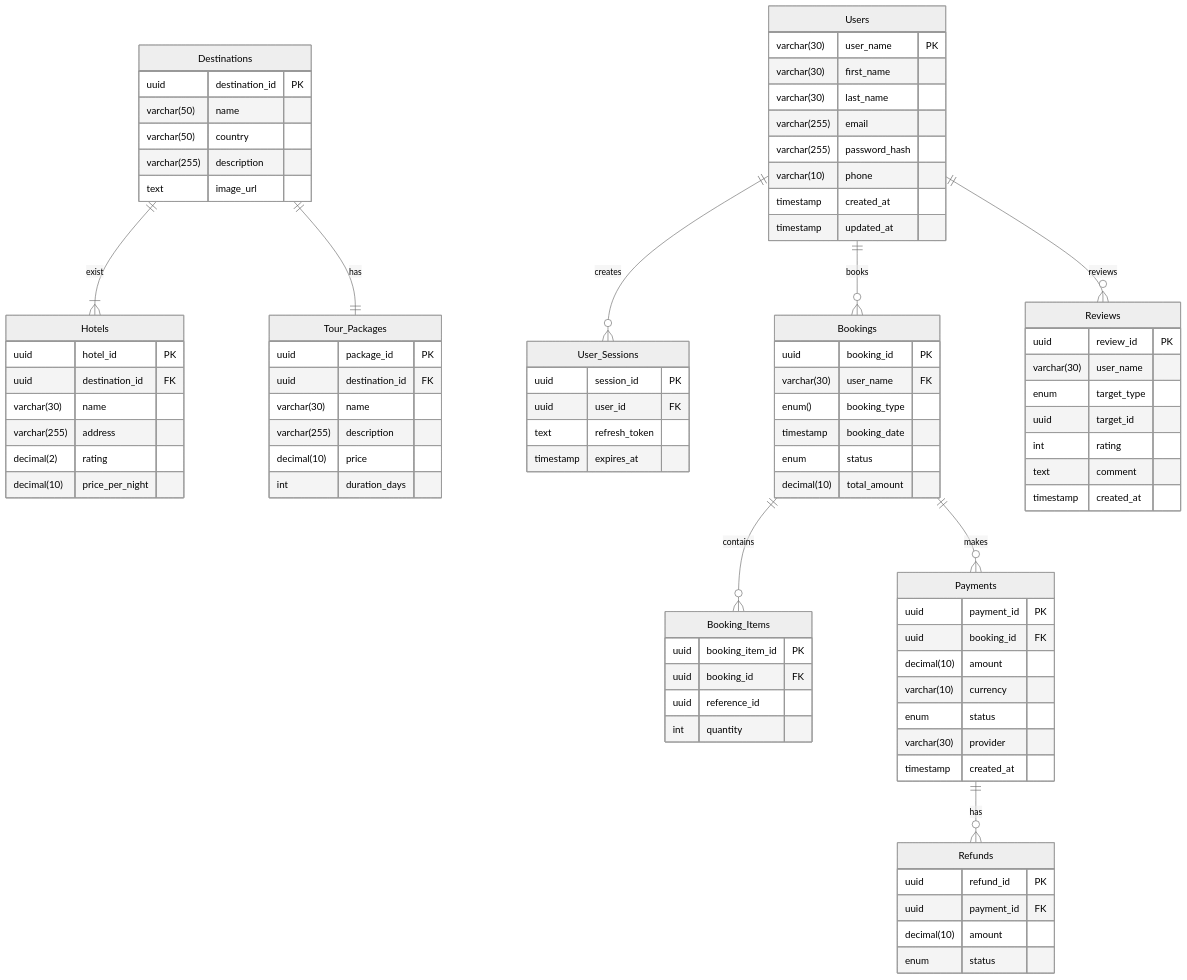
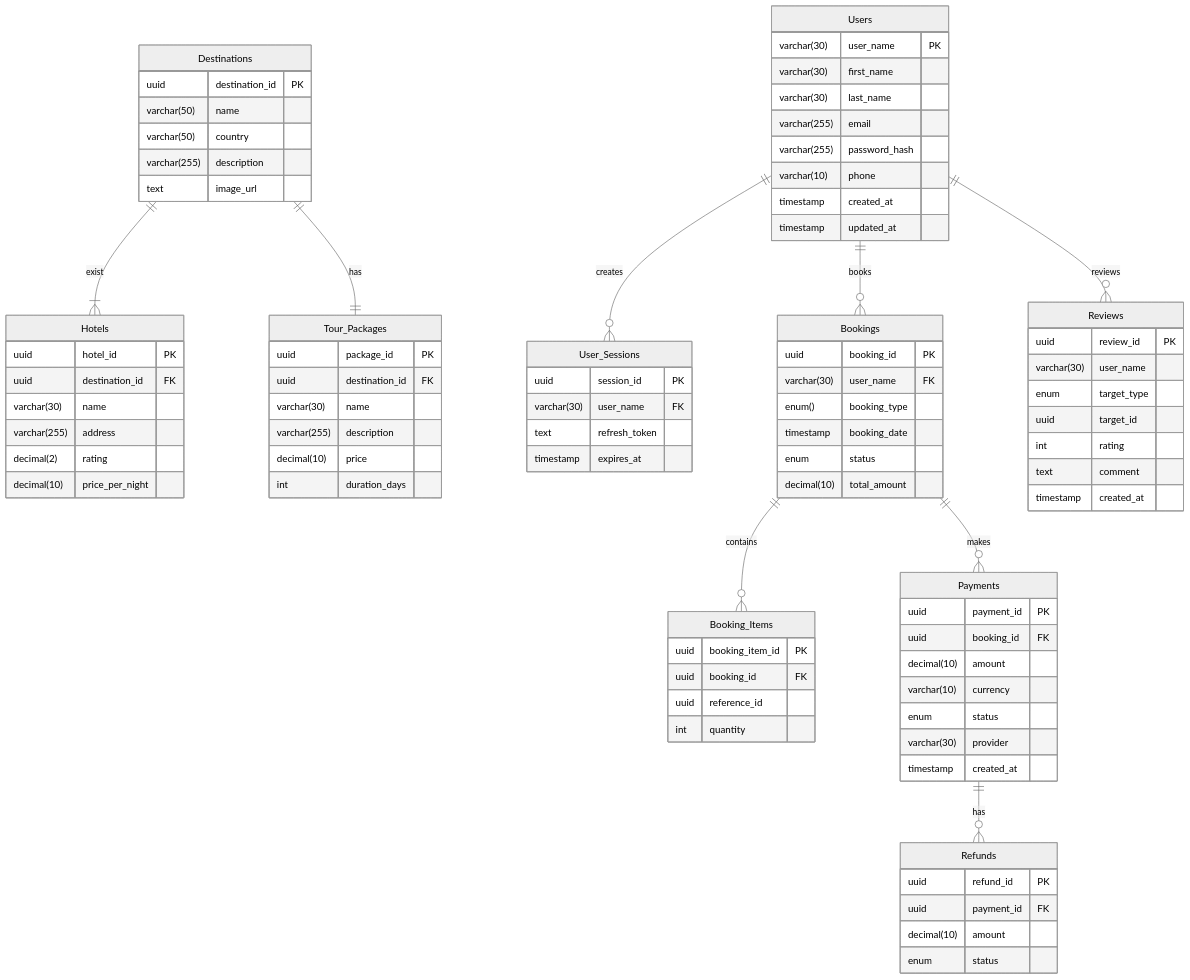
Before and after one commit to vikas-bhapri/travel-guru: the diagram in docs/database_schema.md, drawn with Mermaid (neutral theme). The commit also changed 13 other files, not shown here.

```diff
--- a/docs/database_schema.md
+++ b/docs/database_schema.md
@@ -27,7 +27,7 @@
 
     User_Sessions {
         uuid session_id PK
-        uuid user_id FK
+        varchar(30) user_name FK
         text refresh_token
         timestamp expires_at
     }
```
